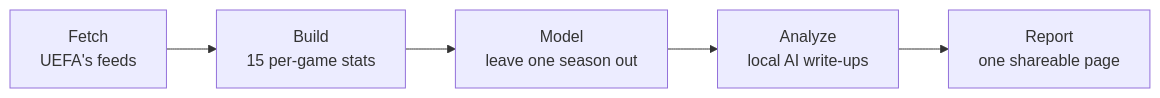
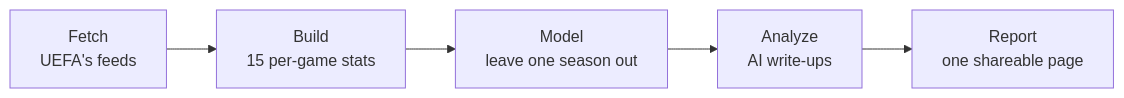
Before and after one commit to SihanCheng0/ucl-finalists: the diagram in docs/how-it-works.md, drawn with Mermaid. The commit also changed other lines of this file and 8 other files, not shown here.

````diff
--- a/docs/how-it-works.md
+++ b/docs/how-it-works.md
@@ -8,7 +8,7 @@
 ```mermaid
 flowchart LR
     fetch["Fetch<br/>UEFA's feeds"] --> build["Build<br/>15 per-game stats"]
     build --> model["Model<br/>leave one season out"]
-    model --> analyze["Analyze<br/>local AI write-ups"]
+    model --> analyze["Analyze<br/>AI write-ups"]
     analyze --> report["Report<br/>one shareable page"]
 ```
````
